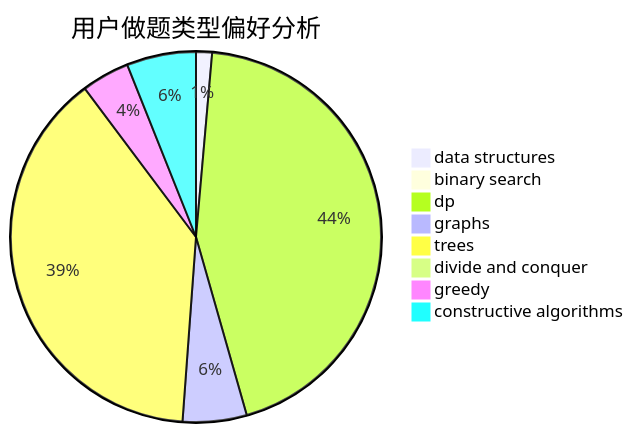
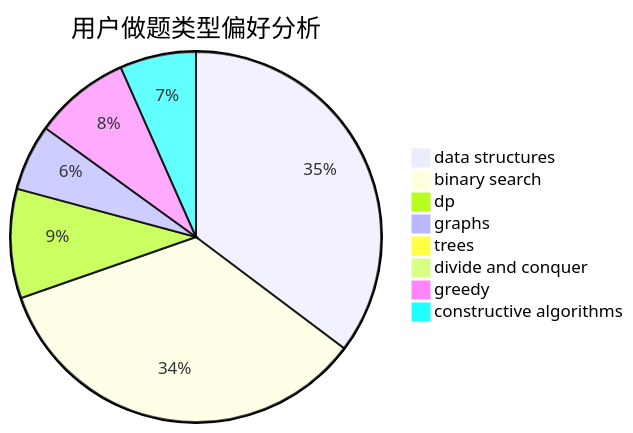
Before and after one commit to sherpahu/cfrs.github.io: the second of 3 diagrams in docs/user/u1007.md, drawn with Mermaid. The commit also changed other lines of this file and 2770 other files, not shown here.

````diff
--- a/docs/user/u1007.md
+++ b/docs/user/u1007.md
@@ -23,11 +23,11 @@
 ```mermaid
 pie title 用户做题类型偏好分析
-    "data structures" :  3
-    "binary search" :  0
-    "dp" :  95
-    "graphs" :  12
-    "trees" :  83
+    "data structures" :  122
+    "binary search" :  119
+    "dp" :  33
+    "graphs" :  20
+    "trees" :  3
     "divide and conquer" :  0
-    "greedy" :  9
-    "constructive algorithms" :  13
+    "greedy" :  29
+    "constructive algorithms" :  23
 ```
````
